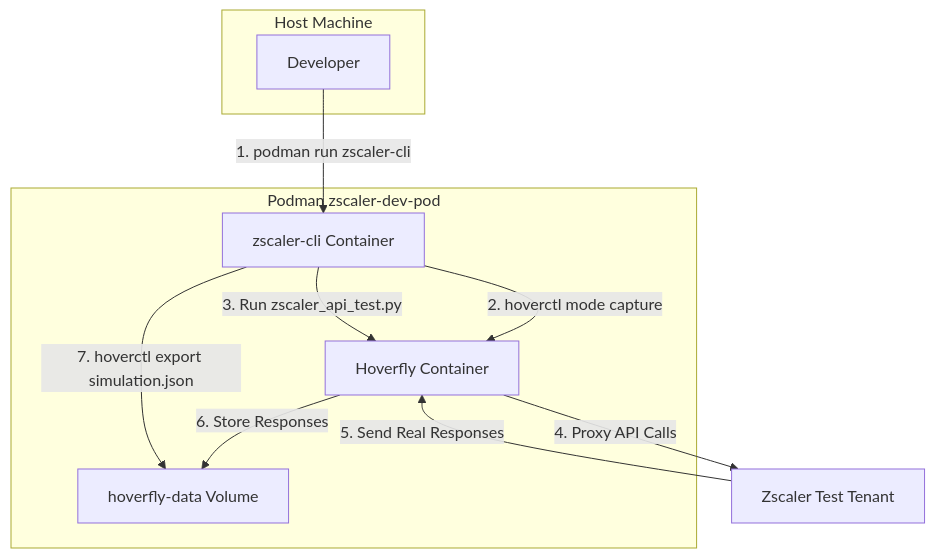
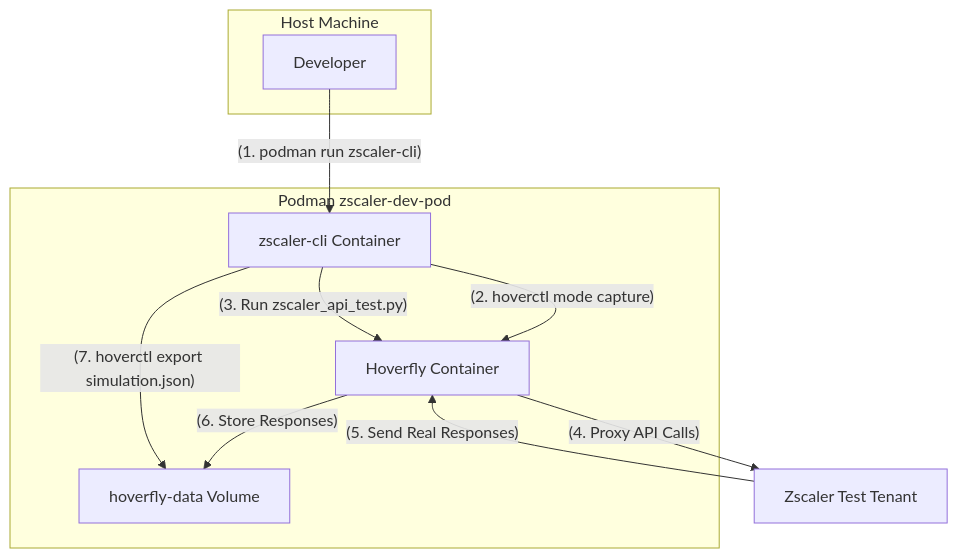
Before and after one commit to monch1962/zscaler-dev-env: the second of 3 diagrams in README.md, drawn with Mermaid. The commit also changed other lines of this file, not shown here.

````diff
--- a/README.md
+++ b/README.md
@@ -225,22 +225,22 @@
 ```mermaid
 graph TD
     subgraph Host Machine
         A[Developer]
     end
 
     subgraph Podman zscaler-dev-pod
         B[zscaler-cli Container]
         C[Hoverfly Container]
         D[hoverfly-data Volume]
     end
 
     E[Zscaler Test Tenant]
 
-    A -- "1. podman run zscaler-cli" --> B
-    B -- "2. hoverctl mode capture" --> C
-    B -- "3. Run zscaler_api_test.py" --> C
-    C -- "4. Proxy API Calls" --> E
-    E -- "5. Send Real Responses" --> C
-    C -- "6. Store Responses" --> D
-    B -- "7. hoverctl export simulation.json" --> D
+    A -- (1. podman run zscaler-cli) --> B
+    B -- (2. hoverctl mode capture) --> C
+    B -- (3. Run zscaler_api_test.py) --> C
+    C -- (4. Proxy API Calls) --> E
+    E -- (5. Send Real Responses) --> C
+    C -- (6. Store Responses) --> D
+    B -- (7. hoverctl export simulation.json) --> D
 ```
````
